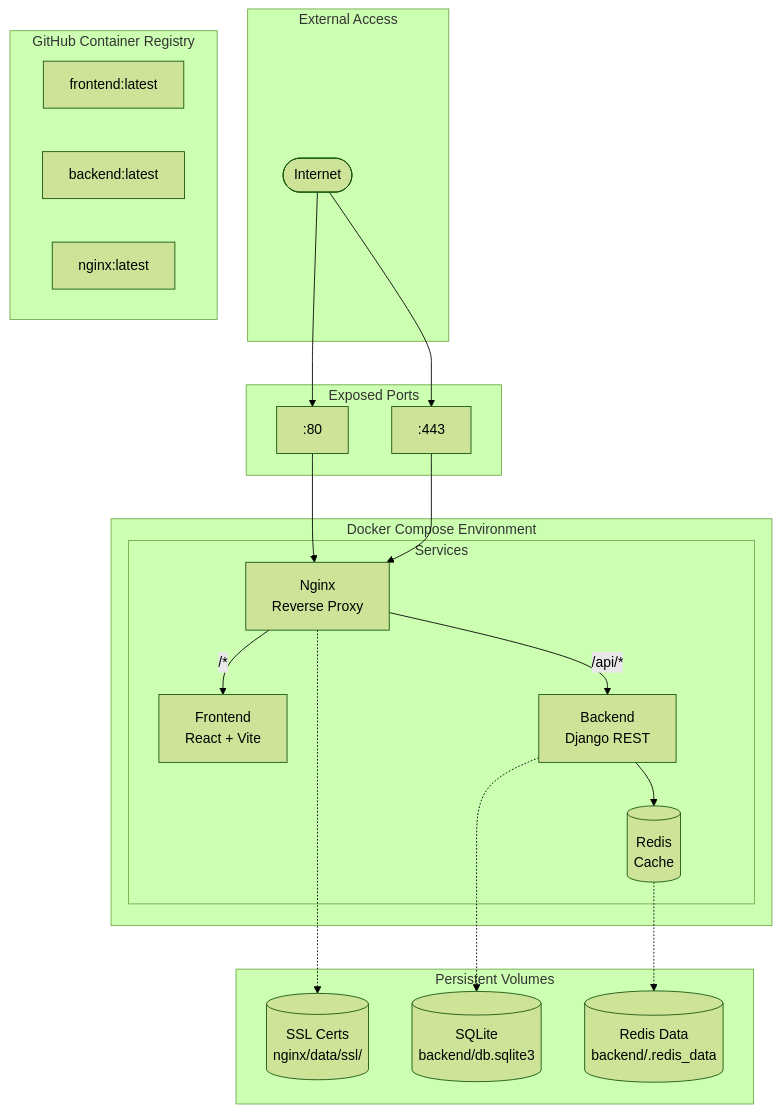
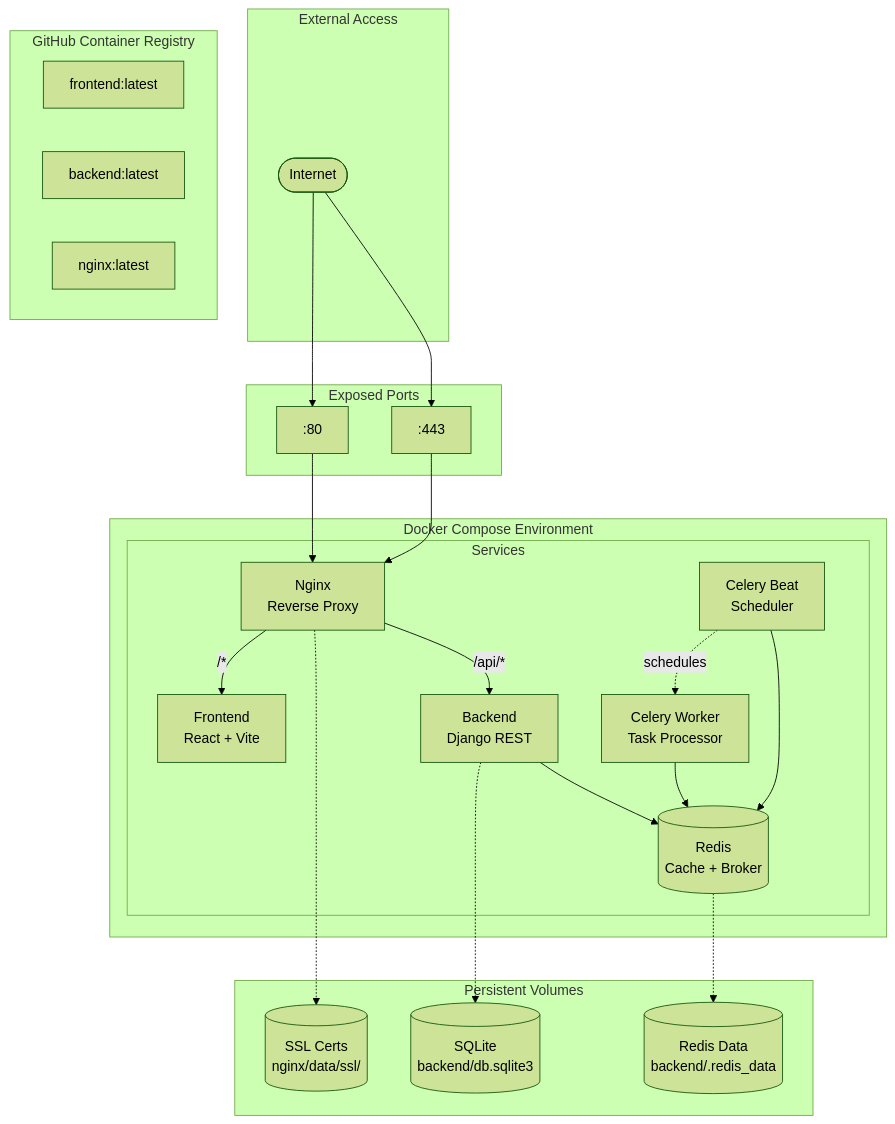
The diagram in docs/architecture/docker.md (kettleofketchup/DraftForge), drawn with Mermaid (forest theme) before and after one commit. The commit also changed other lines of this file and 2 other files, not shown here.

Commit message:
docs: add League Stats API and Celery documentation

````diff
--- a/docs/architecture/docker.md
+++ b/docs/architecture/docker.md
@@ -5,43 +5,48 @@
 ```mermaid
 flowchart TB
     subgraph External["External Access"]
         Internet([Internet])
     end
 
     subgraph Ports["Exposed Ports"]
         P80[":80"]
         P443[":443"]
     end
 
     Internet --> P80 & P443
 
     subgraph Docker["Docker Compose Environment"]
         subgraph Services["Services"]
             Nginx[Nginx<br/>Reverse Proxy]
             Frontend[Frontend<br/>React + Vite]
             Backend[Backend<br/>Django REST]
-            Redis[(Redis<br/>Cache)]
+            Redis[(Redis<br/>Cache + Broker)]
+            CeleryWorker[Celery Worker<br/>Task Processor]
+            CeleryBeat[Celery Beat<br/>Scheduler]
         end
 
         P80 & P443 --> Nginx
         Nginx -->|"/*"| Frontend
         Nginx -->|"/api/*"| Backend
         Backend --> Redis
+        CeleryWorker --> Redis
+        CeleryBeat --> Redis
+        CeleryBeat -.->|schedules| CeleryWorker
     end
 
     subgraph Volumes["Persistent Volumes"]
         SSL[("SSL Certs<br/>nginx/data/ssl/")]
         DB[("SQLite<br/>backend/db.sqlite3")]
         RedisData[("Redis Data<br/>backend/.redis_data")]
     end
 
     Nginx -.-> SSL
     Backend -.-> DB
     Redis -.-> RedisData
 
     subgraph Registry["GitHub Container Registry"]
         FImg["frontend:latest"]
         BImg["backend:latest"]
         NImg["nginx:latest"]
     end
 ```
````
